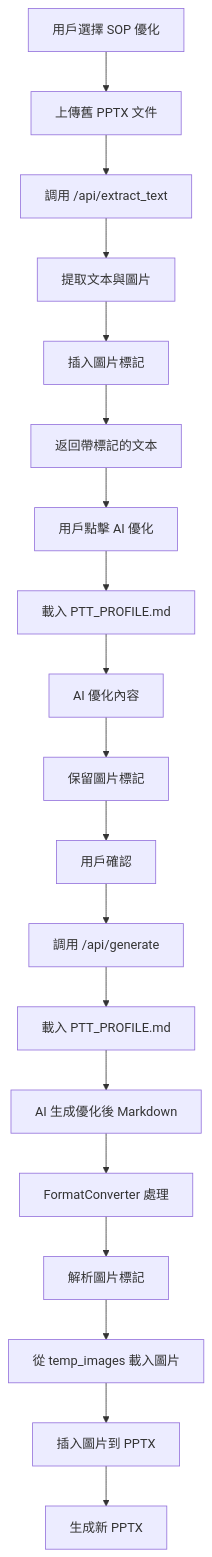
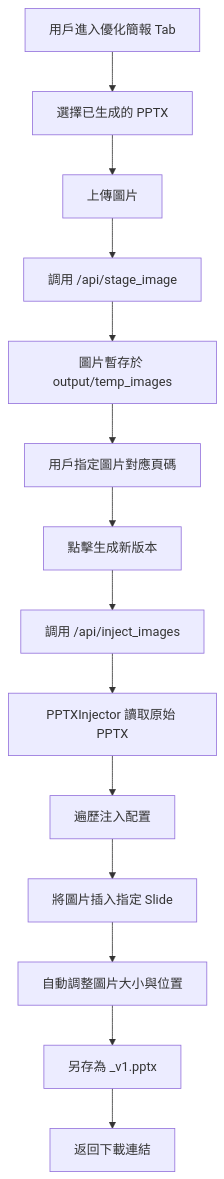
The second of 2 diagrams in PROJECT_LOGIC.md (tototal5888-lab/doc-generator-v3), drawn with Mermaid before and after one commit. The commit also changed other lines of this file and 7 other files, not shown here.

Commit message:
feat: add SOP image injection workflow and update documentation

````diff
--- a/PROJECT_LOGIC.md
+++ b/PROJECT_LOGIC.md
@@ -192,21 +161,16 @@
 ```mermaid
 graph TD
-    A[用戶選擇 SOP 優化] --> B[上傳舊 PPTX 文件]
-    B --> C[調用 /api/extract_text]
-    C --> D[提取文本與圖片]
-    D --> E[插入圖片標記]
-    E --> F[返回帶標記的文本]
-    F --> G[用戶點擊 AI 優化]
-    G --> H[載入 PTT_PROFILE.md]
-    H --> I[AI 優化內容]
-    I --> J[保留圖片標記]
-    J --> K[用戶確認]
-    K --> L[調用 /api/generate]
-    L --> M[載入 PTT_PROFILE.md]
-    M --> N[AI 生成優化後 Markdown]
-    N --> O[FormatConverter 處理]
-    O --> P[解析圖片標記]
-    P --> Q[從 temp_images 載入圖片]
-    Q --> R[插入圖片到 PPTX]
-    R --> S[生成新 PPTX]
+    A[用戶進入優化簡報 Tab] --> B[選擇已生成的 PPTX]
+    B --> C[上傳圖片]
+    C --> D[調用 /api/stage_image]
+    D --> E[圖片暫存於 output/temp_images]
+    E --> F[用戶指定圖片對應頁碼]
+    F --> G[點擊生成新版本]
+    G --> H[調用 /api/inject_images]
+    H --> I[PPTXInjector 讀取原始 PPTX]
+    I --> J[遍歷注入配置]
+    J --> K[將圖片插入指定 Slide]
+    K --> L[自動調整圖片大小與位置]
+    L --> M[另存為 _v1.pptx]
+    M --> N[返回下載連結]
 ```
````
